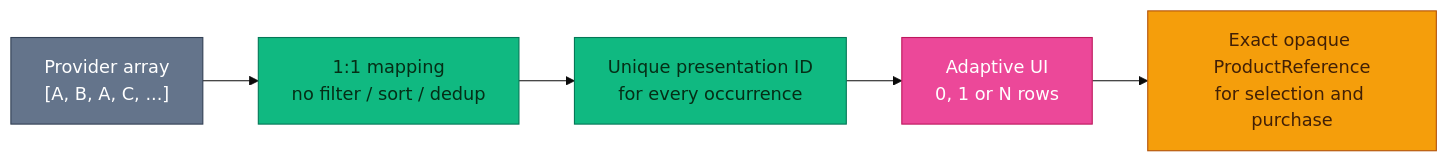
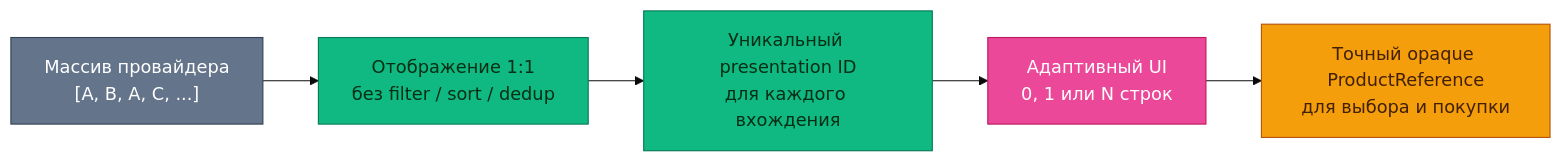
The diagram in Documentation/Diagrams/adaptive-products.mmd (BroadApps-official/broad-platform-integration), drawn with Mermaid (base theme) before and after one commit. The commit also changed 27 other files, not shown here.

```diff
--- a/Documentation/Diagrams/adaptive-products.mmd
+++ b/Documentation/Diagrams/adaptive-products.mmd
@@ -1,11 +1,11 @@
 flowchart LR
-    Provider["Provider array\n[A, B, A, C, ...]"] --> Mapping["1:1 mapping\nno filter / sort / dedup"]
-    Mapping --> Identity["Unique presentation ID\nfor every occurrence"]
-    Identity --> UI["Adaptive UI\n0, 1 or N rows"]
-    UI --> Purchase["Exact opaque ProductReference\nfor selection and purchase"]
+    Provider["Массив провайдера\n[A, B, A, C, ...]"] --> Mapping["Отображение 1:1\nбез filter / sort / dedup"]
+    Mapping --> Identity["Уникальный presentation ID\nдля каждого вхождения"]
+    Identity --> UI["Адаптивный UI\n0, 1 или N строк"]
+    UI --> Purchase["Точный opaque ProductReference\nдля выбора и покупки"]
 
     style Provider fill:#64748B,color:#FFFFFF,stroke:#334155
     style Mapping fill:#10B981,color:#052E16,stroke:#047857
     style Identity fill:#10B981,color:#052E16,stroke:#047857
     style UI fill:#EC4899,color:#FFFFFF,stroke:#BE185D
     style Purchase fill:#F59E0B,color:#422006,stroke:#B45309
```
